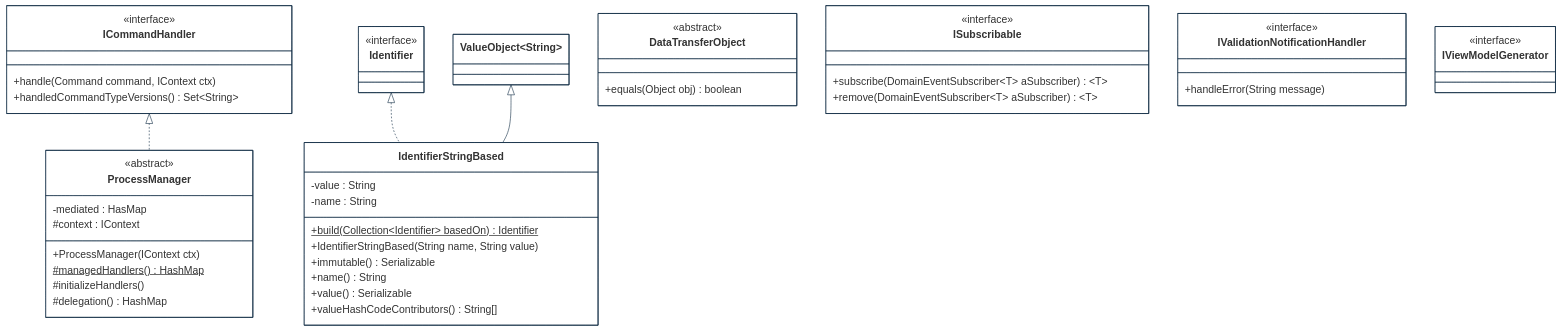
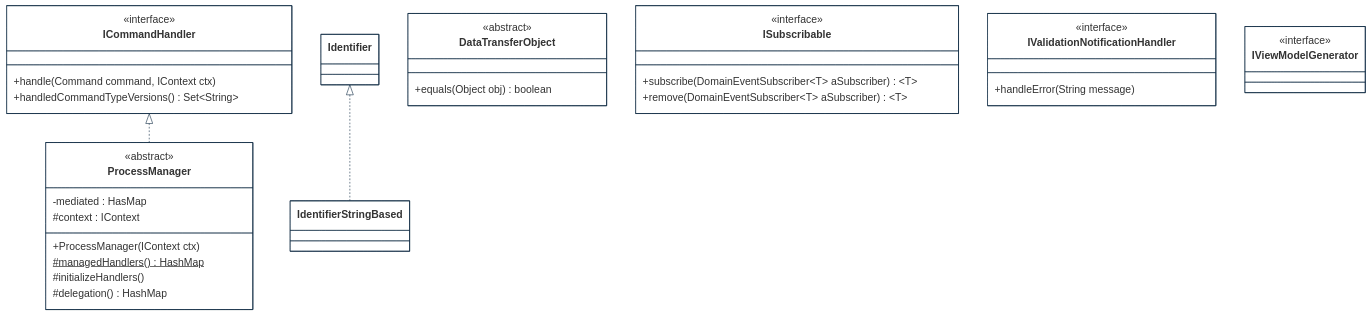
One commit to cybnity/foundation changed the second of 8 diagrams in implementations-line/framework/domain/designview-packages.md. Above: the diagram before and after it, drawn with Mermaid.

````diff
--- a/implementations-line/framework/domain/designview-packages.md
+++ b/implementations-line/framework/domain/designview-packages.md
@@ -103,68 +103,54 @@
 ```mermaid
 %%{
   init: {
     'theme': 'base',
     'themeVariables': {
         'background': '#ffffff',
         'fontFamily': 'arial',
         'fontSize': '18px',
         'primaryColor': '#fff',
         'primaryBorderColor': '#0e2a43',
         'secondaryBorderColor': '#0e2a43',
         'tertiaryBorderColor': '#0e2a43',
         'edgeLabelBackground':'#0e2a43',
         'lineColor': '#0e2a43',
         'tertiaryColor': '#fff'
     }
   }
 }%%
 classDiagram
     ICommandHandler <|.. ProcessManager
     Identifier <|.. IdentifierStringBased
-    ValueObject~String~ <|-- IdentifierStringBased
 
     class ICommandHandler {
         <<interface>>
         +handle(Command command, IContext ctx)
         +handledCommandTypeVersions() Set~String~
     }
     class DataTransferObject {
         <<abstract>>
         +equals(Object obj) boolean
     }
     class ProcessManager {
         <<abstract>>
         -mediated : HasMap
         #context : IContext
         +ProcessManager(IContext ctx)
         #managedHandlers()$ HashMap
         #initializeHandlers()
         #delegation() HashMap
     }
-    class Identifier {
-        <<interface>>
-    }
-    class IdentifierStringBased {
-        -value : String
-        -name : String
-        +build(Collection~Identifier~ basedOn)$ Identifier
-        +IdentifierStringBased(String name, String value)
-        +immutable() Serializable
-        +name() String
-        +value() Serializable
-        +valueHashCodeContributors() String[]
-    }
     class ISubscribable {
         <<interface>>
         +subscribe(DomainEventSubscriber~T~ aSubscriber) ~T~
         +remove(DomainEventSubscriber~T~ aSubscriber) ~T~
     }
     class IValidationNotificationHandler {
         <<interface>>
         +handleError(String message)
     }
     class IViewModelGenerator {
         <<interface>>
     }
 
 ```
````
